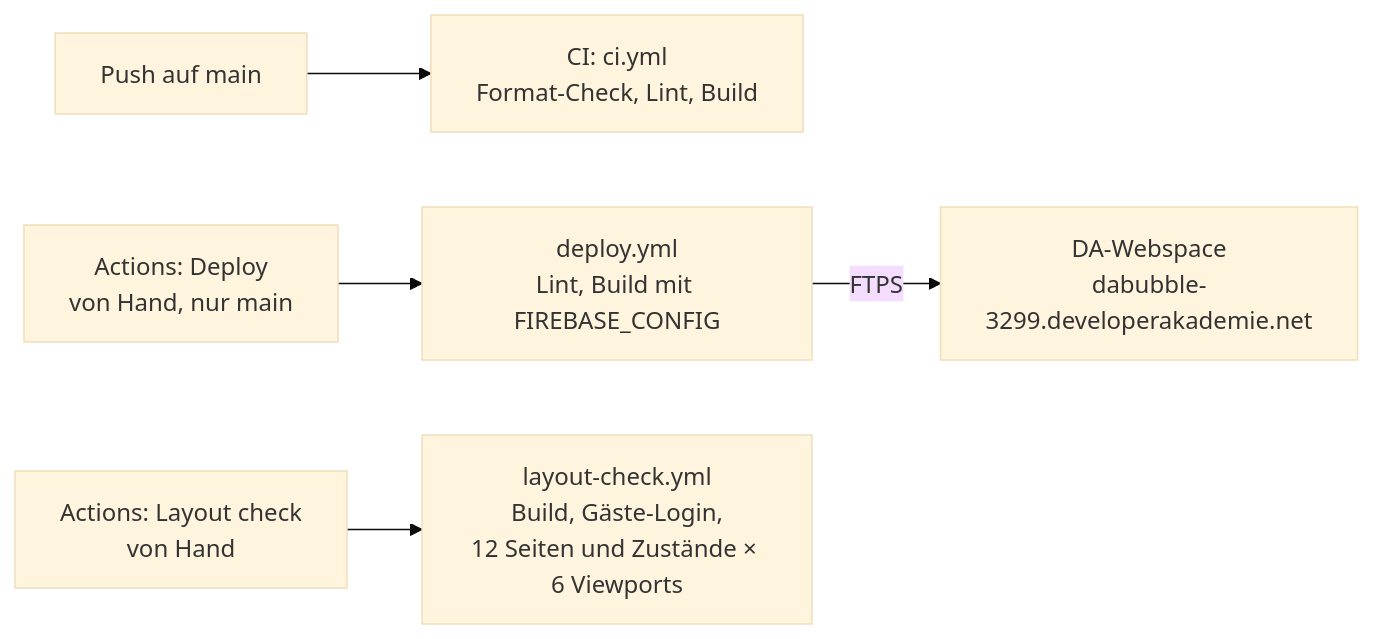
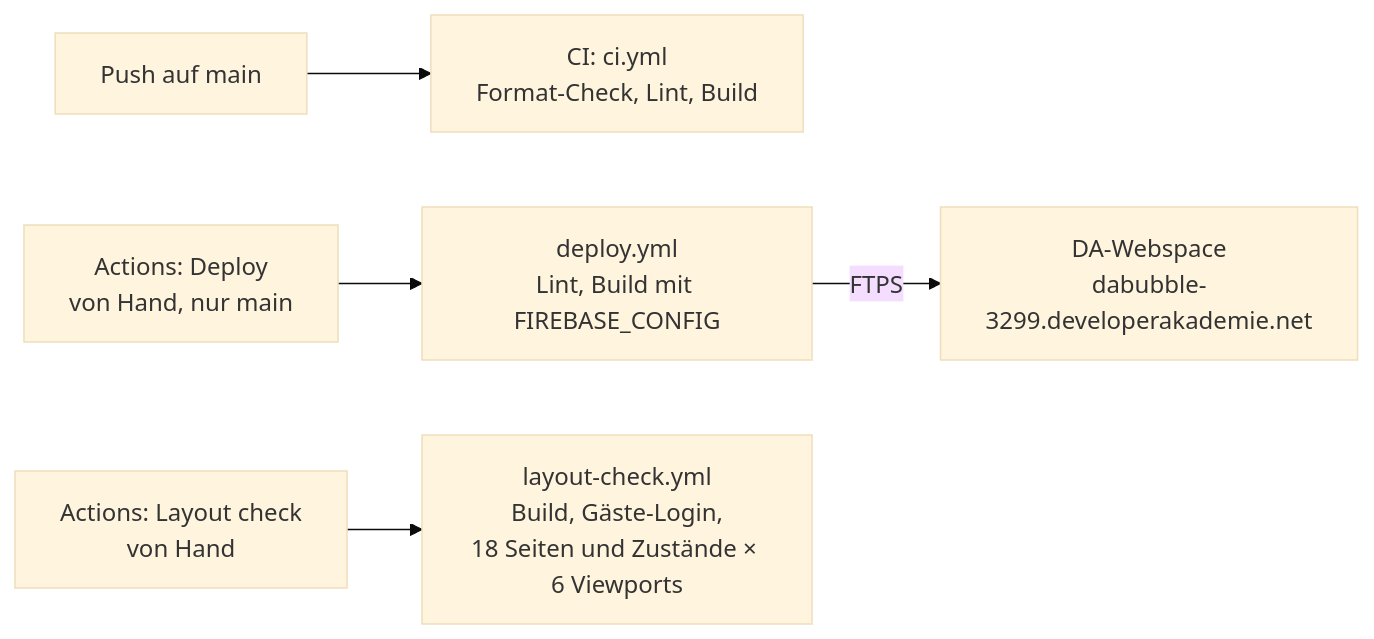
The seventh of 7 diagrams in README.md (ttoebbe/dabubble), drawn with Mermaid (base theme) before and after one commit. The commit also changed 2 other files, not shown here.

Commit message:
docs: layout check covers chat pages

````diff
--- a/README.md
+++ b/README.md
@@ -407,9 +407,9 @@
 ```mermaid
 flowchart LR
   push["Push auf main"] --> ci["CI: ci.yml<br/>Format-Check, Lint, Build"]
 
   deployButton["Actions: Deploy<br/>von Hand, nur main"] --> deploy["deploy.yml<br/>Lint, Build mit FIREBASE_CONFIG"]
   deploy -->|"FTPS"| webspace["DA-Webspace<br/>dabubble-3299.developerakademie.net"]
 
-  checkButton["Actions: Layout check<br/>von Hand"] --> layout["layout-check.yml<br/>Build, Gäste-Login,<br/>12 Seiten und Zustände × 6 Viewports"]
+  checkButton["Actions: Layout check<br/>von Hand"] --> layout["layout-check.yml<br/>Build, Gäste-Login,<br/>18 Seiten und Zustände × 6 Viewports"]
 ```
````
